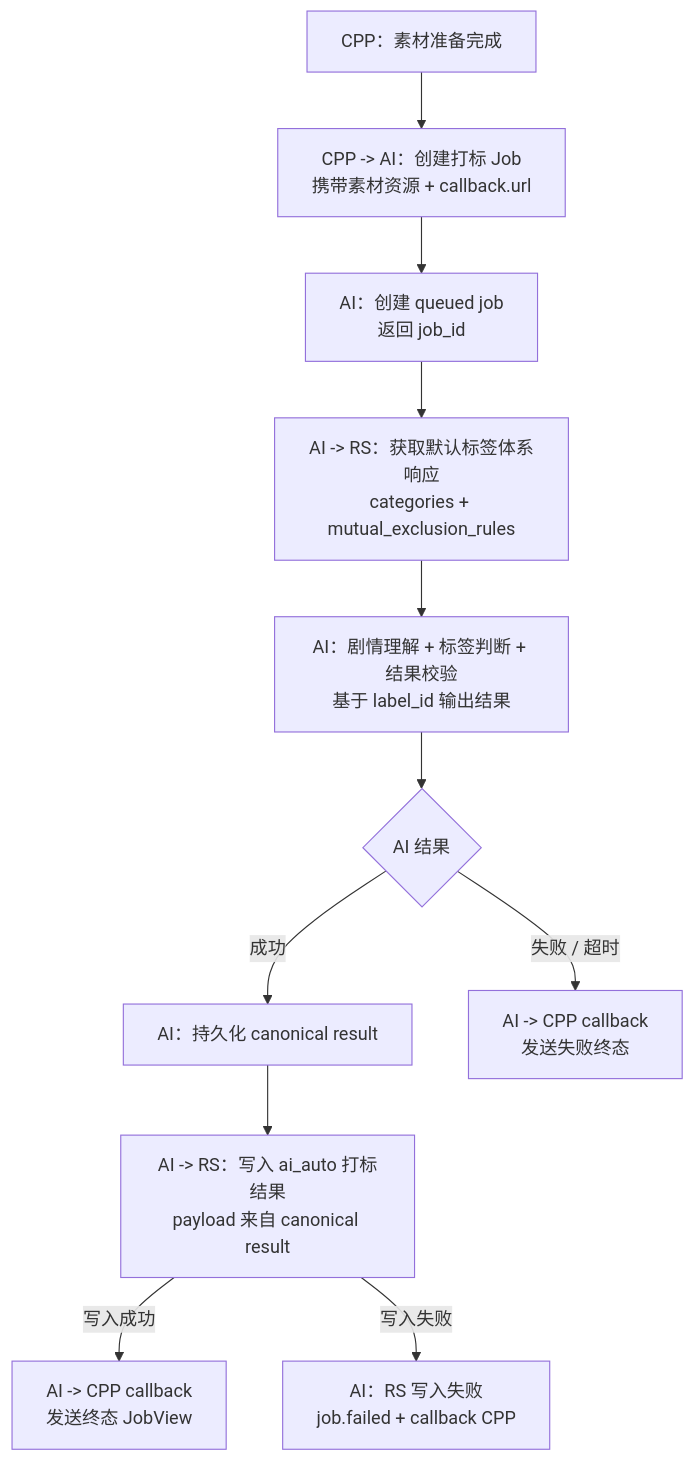
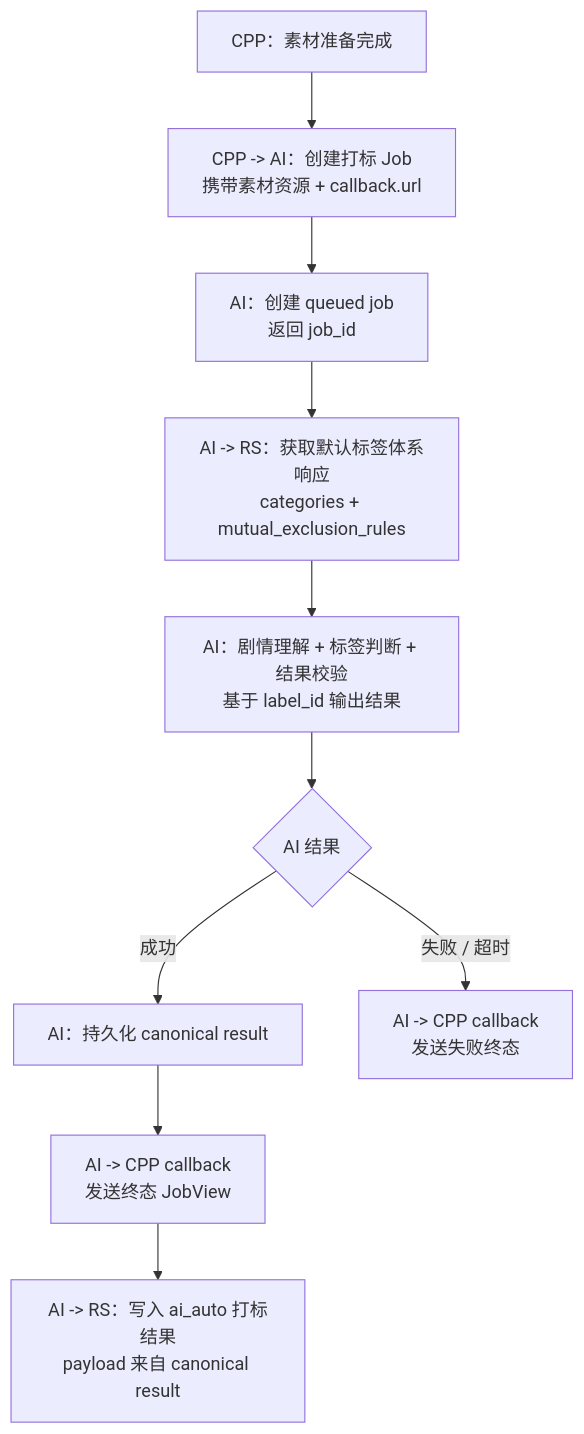
One commit to amuqiao/embedding-service changed the diagram in docs/接口层/AI打标任务流程.md. Above: the diagram before and after it, drawn with Mermaid. The commit also changed other lines of this file and 29 other files, not shown here.

````diff
--- a/docs/接口层/AI打标任务流程.md
+++ b/docs/接口层/AI打标任务流程.md
@@ -104,21 +104,18 @@
 ```mermaid
 flowchart TD
   CPP_READY["CPP：素材准备完成"]
   CREATE["CPP -> AI：创建打标 Job\n携带素材资源 + callback.url"]
   JOB["AI：创建 queued job\n返回 job_id"]
   RS_SCHEMA["AI -> RS：获取默认标签体系响应\ncategories + mutual_exclusion_rules"]
   RUN["AI：剧情理解 + 标签判断 + 结果校验\n基于 label_id 输出结果"]
   RESULT{"AI 结果"}
   PERSIST["AI：持久化 canonical result"]
+  CALLBACK["AI -> CPP callback\n发送终态 JobView"]
   WRITE_RS["AI -> RS：写入 ai_auto 打标结果\npayload 来自 canonical result"]
-  CALLBACK["AI -> CPP callback\n发送终态 JobView"]
-  RS_FAIL["AI：RS 写入失败\njob.failed + callback CPP"]
   FAIL_CB["AI -> CPP callback\n发送失败终态"]
 
   CPP_READY --> CREATE --> JOB --> RS_SCHEMA --> RUN --> RESULT
   RESULT -->|"成功"| PERSIST
-  PERSIST --> WRITE_RS
-  WRITE_RS -->|"写入成功"| CALLBACK
-  WRITE_RS -->|"写入失败"| RS_FAIL
+  PERSIST --> CALLBACK --> WRITE_RS
   RESULT -->|"失败 / 超时"| FAIL_CB
 ```
````
